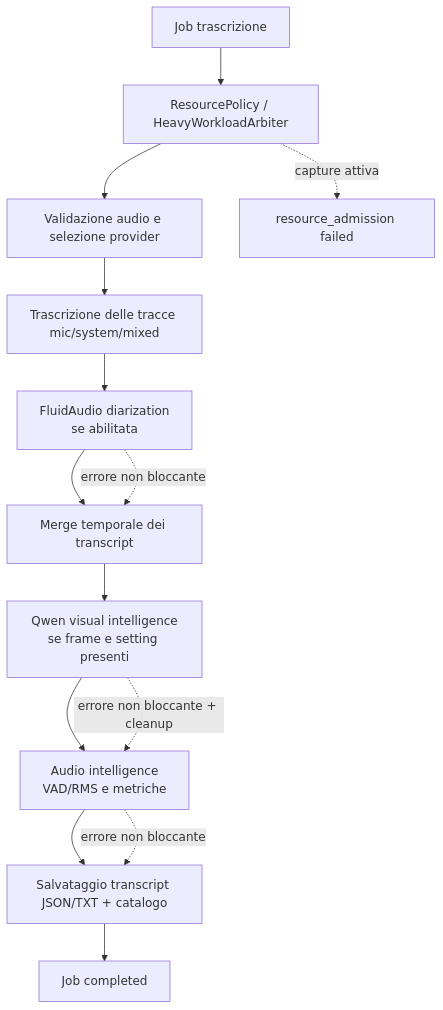
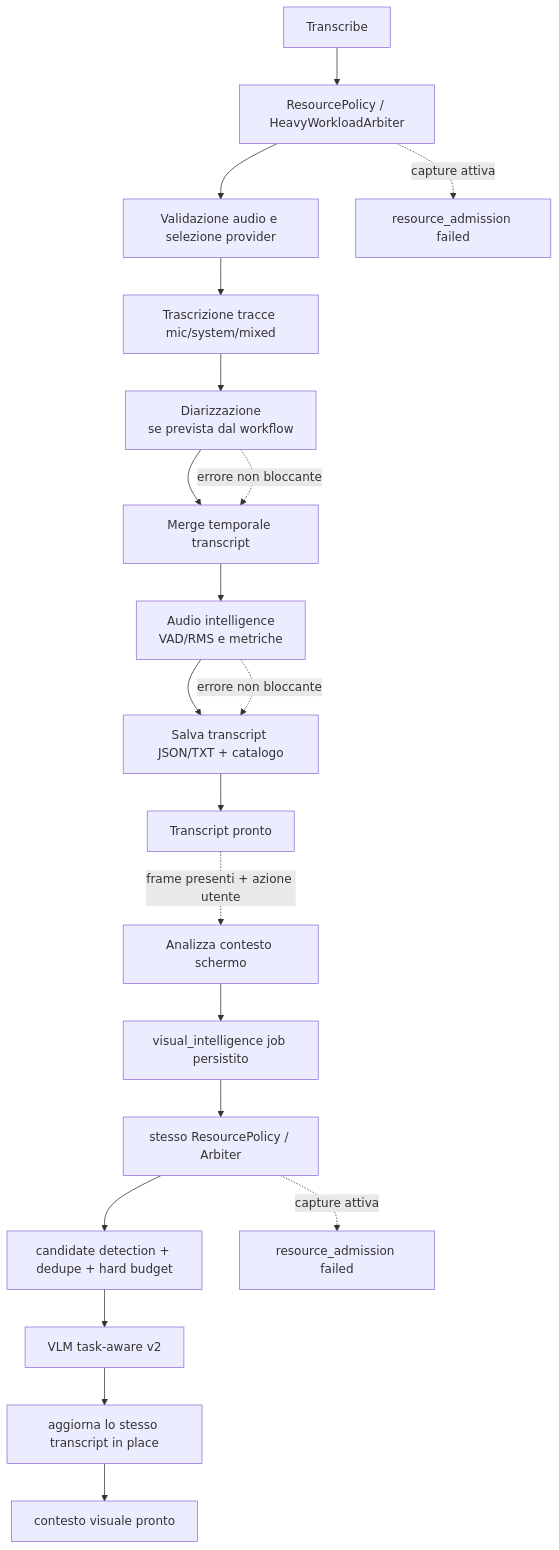
The fourth of 6 diagrams in docs/architecture.md (daniele21/local-asr-server), drawn with Mermaid before and after one commit. The commit also changed other lines of this file, not shown here.

Commit message:
docs: align architecture with on-demand visual flow

````diff
--- a/docs/architecture.md
+++ b/docs/architecture.md
@@ -150,17 +163,24 @@
 ```mermaid
 flowchart TD
-    Start["Job trascrizione"] --> Admission["ResourcePolicy / HeavyWorkloadArbiter"]
+    Start["Transcribe"] --> Admission["ResourcePolicy / HeavyWorkloadArbiter"]
     Admission --> Validate["Validazione audio e selezione provider"]
-    Validate --> Tracks["Trascrizione delle tracce mic/system/mixed"]
-    Tracks --> Diar["FluidAudio diarization<br/>se abilitata"]
-    Diar --> Merge["Merge temporale dei transcript"]
-    Merge --> Vision["Qwen visual intelligence<br/>se frame e setting presenti"]
-    Vision --> Audio["Audio intelligence<br/>VAD/RMS e metriche"]
-    Audio --> Save["Salvataggio transcript JSON/TXT + catalogo"]
-    Save --> Done["Job completed"]
+    Validate --> Tracks["Trascrizione tracce mic/system/mixed"]
+    Tracks --> Diar["Diarizzazione<br/>se prevista dal workflow"]
+    Diar --> Merge["Merge temporale transcript"]
+    Merge --> Audio["Audio intelligence<br/>VAD/RMS e metriche"]
+    Audio --> Save["Salva transcript JSON/TXT + catalogo"]
+    Save --> TranscriptReady["Transcript pronto"]
 
     Admission -. "capture attiva" .-> Rejected["resource_admission failed"]
     Diar -. "errore non bloccante" .-> Merge
-    Vision -. "errore non bloccante + cleanup" .-> Audio
     Audio -. "errore non bloccante" .-> Save
+
+    TranscriptReady -. "frame presenti + azione utente" .-> VisualAction["Analizza contesto schermo"]
+    VisualAction --> VisualJob["visual_intelligence job persistito"]
+    VisualJob --> VisualAdmission["stesso ResourcePolicy / Arbiter"]
+    VisualAdmission --> Route["candidate detection + dedupe + hard budget"]
+    Route --> VLM["VLM task-aware v2"]
+    VLM --> PersistVisual["aggiorna lo stesso transcript in place"]
+    PersistVisual --> VisualDone["contesto visuale pronto"]
+    VisualAdmission -. "capture attiva" .-> VisualRejected["resource_admission failed"]
 ```
````
